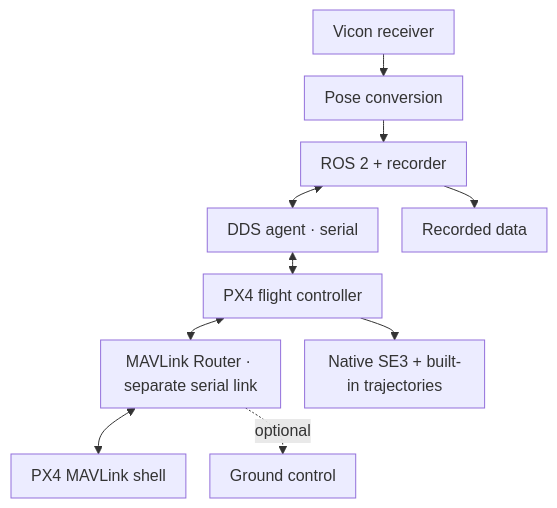
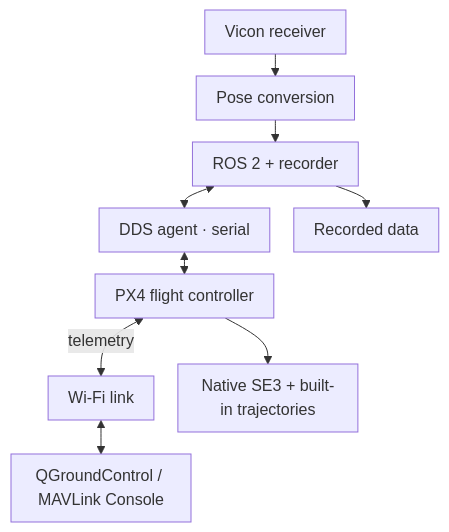
The second of 2 diagrams in docs/reference/architecture.md (ANCL/px4-dev-toolkit), drawn with Mermaid before and after one commit. The commit also changed other lines of this file and 22 other files, not shown here.

````diff
--- a/docs/reference/architecture.md
+++ b/docs/reference/architecture.md
@@ -39,21 +37,20 @@
 ```mermaid
 ---
 config:
   flowchart:
     useMaxWidth: true
     wrappingWidth: 140
     padding: 10
     rankSpacing: 22
     nodeSpacing: 24
 ---
 flowchart TB
     V["Vicon receiver"] --> C["Pose conversion"]
     C --> R["ROS 2 + recorder"]
     R <--> X["DDS agent · serial"]
     X <--> P["PX4 flight controller"]
-    P <--> MR["MAVLink Router · separate serial link"]
-    MR <--> SH["PX4 MAVLink shell"]
-        MR -. optional .-> GCS["Ground control"]
+    P <-->|telemetry| K["Wi-Fi link"]
+    K <--> GCS["QGroundControl / MAVLink Console"]
     P --> N["Native SE3 + built-in trajectories"]
     R --> B["Recorded data"]
 ```
````
